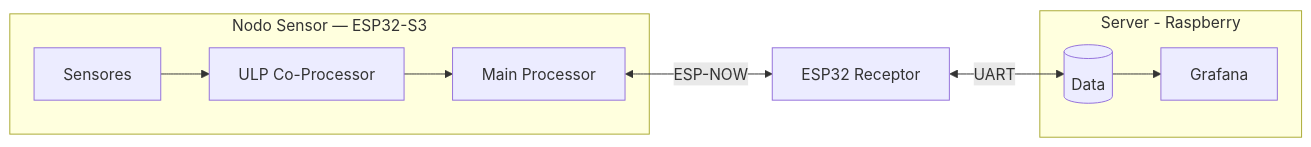
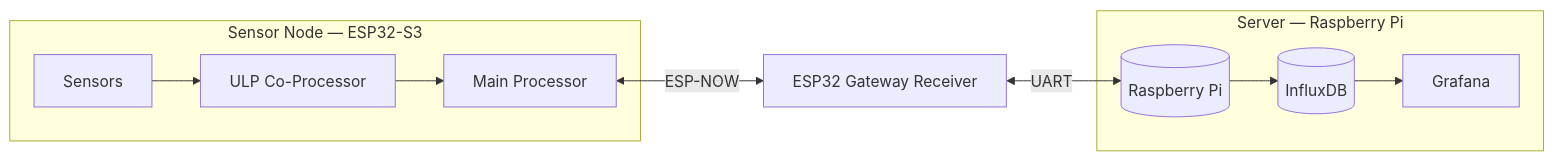
One commit to iglesias-daniel/weather_station changed the diagram in README.md. Above: the diagram before and after it, drawn with Mermaid. The commit also changed other lines of this file and 33 other files, not shown here.

````diff
--- a/README.md
+++ b/README.md
@@ -6,16 +9,16 @@
-~~~mermaid
+```mermaid
 flowchart LR
-    subgraph Nodo["Nodo Sensor — ESP32-S3"]
-        S[Sensores] --> ULP[ULP Co-Processor]
+    subgraph Nodo["Sensor Node — ESP32-S3"]
+        S[Sensors] --> ULP[ULP Co-Processor]
         ULP --> Main[Main Processor]
     end
 
-    Main <-->|ESP-NOW| RX[ESP32 Receptor]
+    Main <-->|ESP-NOW| RX[ESP32 Gateway Receiver]
 
-    RX<-->|UART|RP[(Data)]
+    RX <-->|UART| RP[(Raspberry Pi)]
 
-    subgraph Gateway["Server - Raspberry"]
-        RP --> Graf[Grafana]
+    subgraph Gateway["Server — Raspberry Pi"]
+        RP --> Influx[(InfluxDB)]
+        Influx --> Graf[Grafana]
     end
-
-~~~
+```
````
